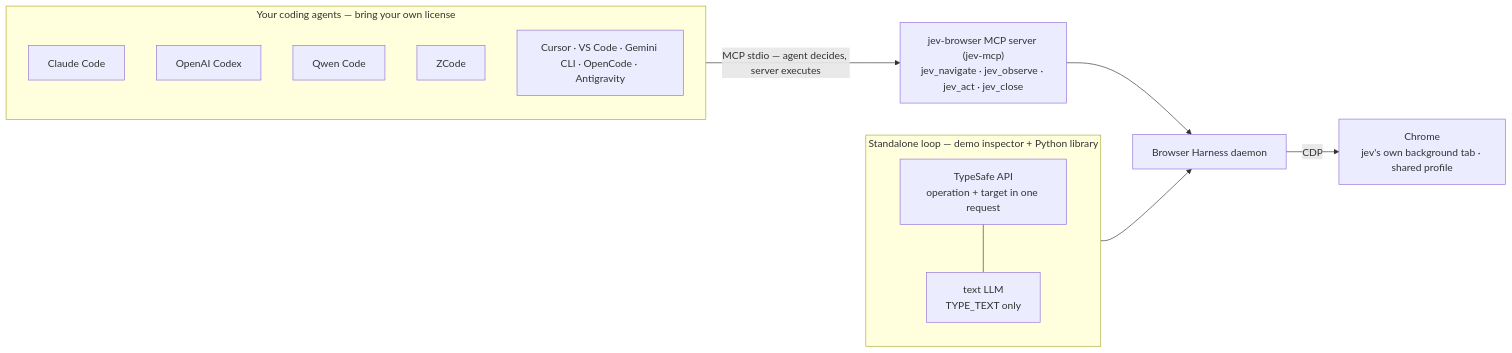
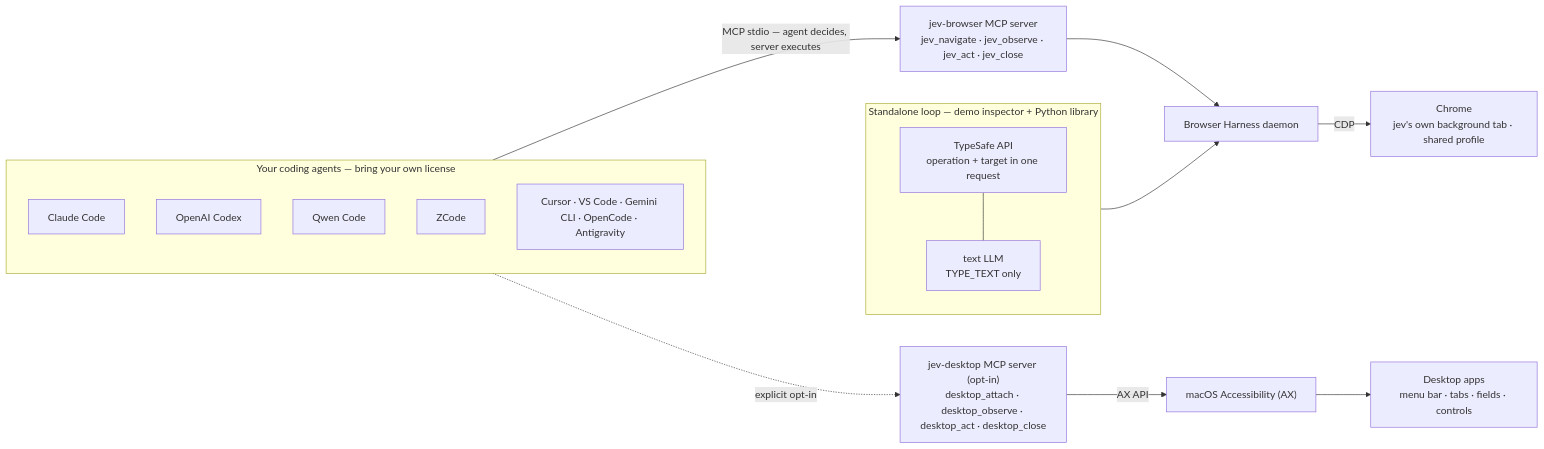
The diagram in README.md (baka3k/jev-browser-ultrafast-mcp), drawn with Mermaid before and after one commit. The commit also changed other lines of this file, not shown here.

First line of the commit message:
Rewrite README for the browser + desktop dual-layer layout

````diff
--- a/README.md
+++ b/README.md
@@ -149,27 +134,33 @@
 ```mermaid
 flowchart LR
     subgraph agents["Your coding agents — bring your own license"]
         direction TB
         CC[Claude Code]
         CX[OpenAI Codex]
         QW[Qwen Code]
         ZC[ZCode]
         MX["Cursor · VS Code · Gemini CLI · OpenCode · Antigravity"]
     end
 
     subgraph standalone["Standalone loop — demo inspector + Python library"]
         direction TB
         TS["TypeSafe API<br/>operation + target in one request"]
         TXT["text LLM<br/>TYPE_TEXT only"]
     end
 
-    MCP["jev-browser MCP server (jev-mcp)<br/>jev_navigate · jev_observe · jev_act · jev_close"]
+    MCP["jev-browser MCP server<br/>jev_navigate · jev_observe · jev_act · jev_close"]
+    DESK["jev-desktop MCP server (opt-in)<br/>desktop_attach · desktop_observe · desktop_act · desktop_close"]
     BH["Browser Harness daemon"]
     CHROME["Chrome<br/>jev's own background tab · shared profile"]
+    AX["macOS Accessibility (AX)"]
+    APPS["Desktop apps<br/>menu bar · tabs · fields · controls"]
 
     agents -- "MCP stdio — agent decides, server executes" --> MCP
+    agents -. "explicit opt-in" .-> DESK
     TS --- TXT
     MCP --> BH
     standalone --> BH
     BH -- "CDP" --> CHROME
+    DESK -- "AX API" --> AX
+    AX --> APPS
 ```
````
